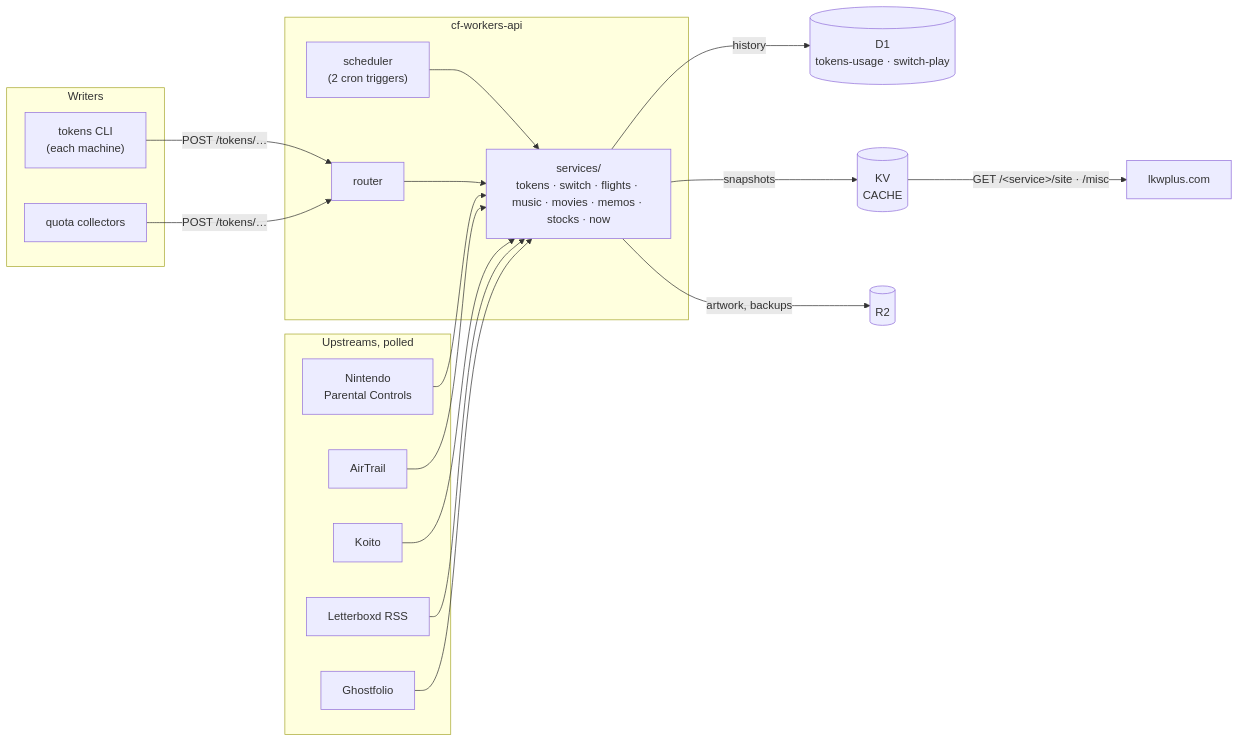
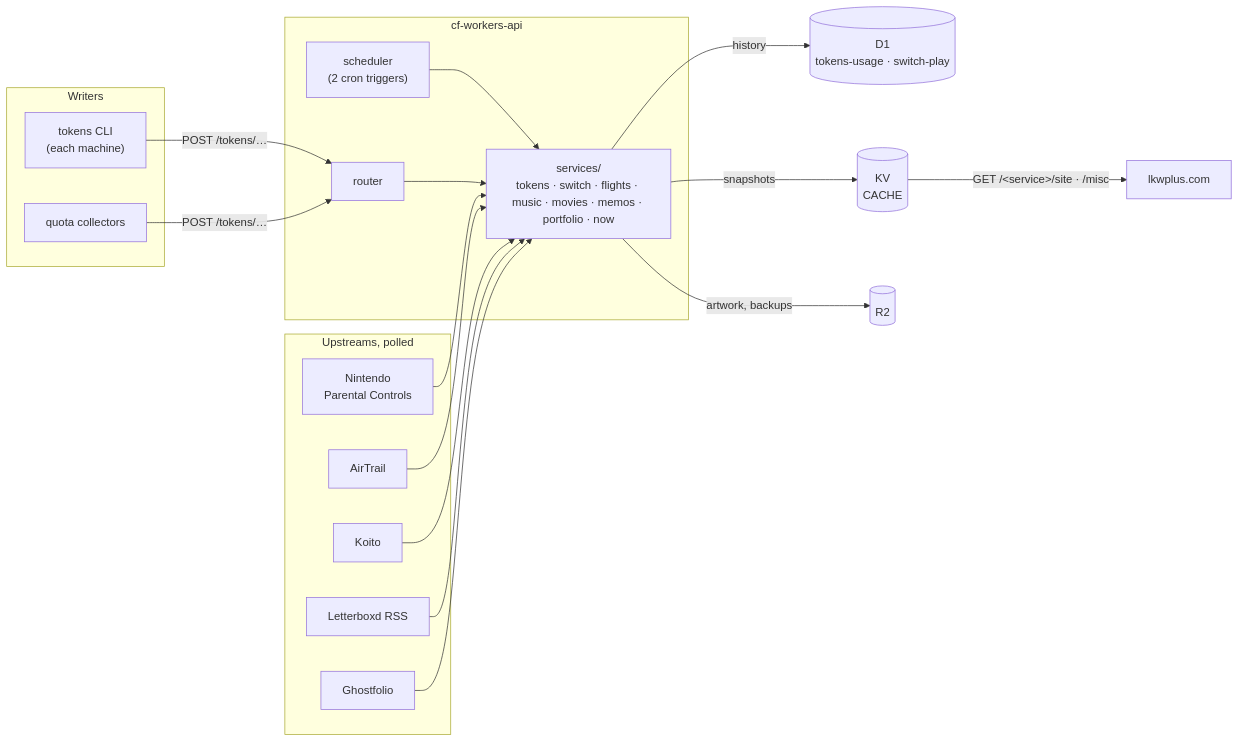
The diagram in README.md (synthpop123/cf-workers-api), drawn with Mermaid before and after one commit. The commit also changed other lines of this file and 18 other files, not shown here.

First line of the commit message:
feat(now): the portfolio's 3M and two weeks of tokens replace the last flight (v3)

````diff
--- a/README.md
+++ b/README.md
@@ -10,27 +10,27 @@
 ```mermaid
 flowchart LR
   subgraph writers[Writers]
     CLI["tokens CLI<br/>(each machine)"]
     Collectors["quota collectors"]
   end
   subgraph upstreams[Upstreams, polled]
     Nintendo["Nintendo<br/>Parental Controls"]
     AirTrail["AirTrail"]
     Koito["Koito"]
     Letterboxd["Letterboxd RSS"]
     Ghostfolio["Ghostfolio"]
   end
   subgraph worker[cf-workers-api]
     Router["router"]
     Scheduler["scheduler<br/>(2 cron triggers)"]
-    Services["services/<br/>tokens · switch · flights · music · movies · memos · stocks · now"]
+    Services["services/<br/>tokens · switch · flights · music · movies · memos · portfolio · now"]
   end
   CLI & Collectors -->|POST /tokens/…| Router
   Scheduler --> Services
   Router --> Services
   Services -->|history| D1[("D1<br/>tokens-usage · switch-play")]
   Services -->|snapshots| KV[("KV<br/>CACHE")]
   Services -->|artwork, backups| R2[("R2")]
   Nintendo & AirTrail & Koito & Letterboxd & Ghostfolio --> Services
   KV -->|"GET /&lt;service&gt;/site · /misc"| Site["lkwplus.com"]
 ```
````
